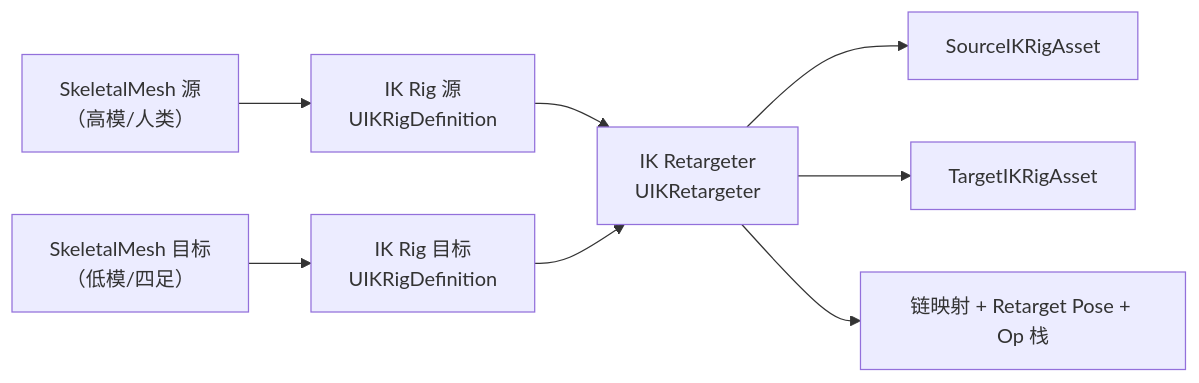
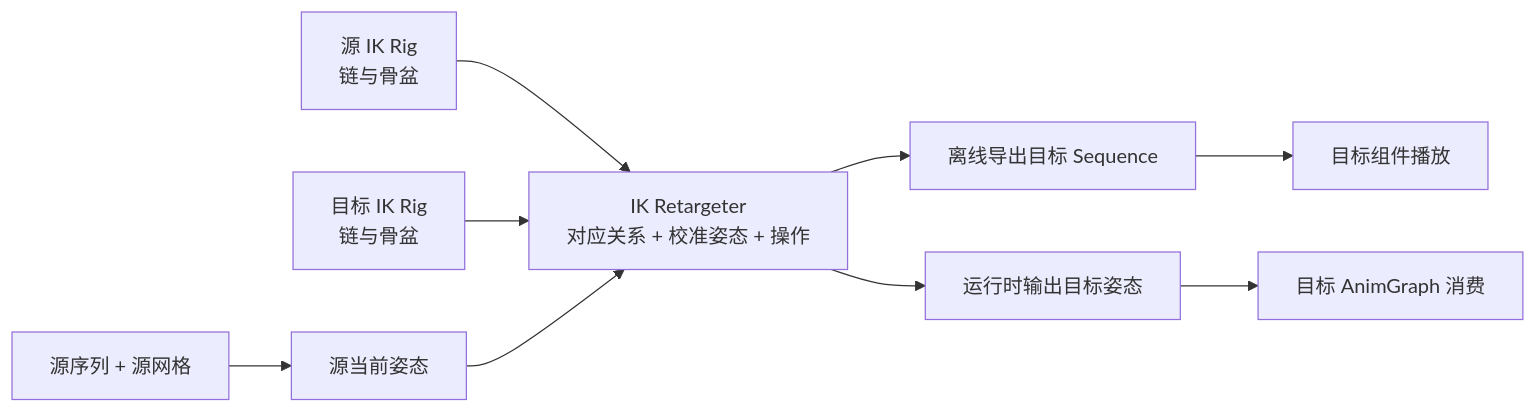
The first of 2 diagrams in 知识/04-图形动画与物理仿真/动画求值与角色表现/06-动画重定向与IKRetargeter.md (fantuan812/learning), drawn with Mermaid before and after one commit. The commit also changed other lines of this file and 2 other files, not shown here.

````diff
--- a/知识/04-图形动画与物理仿真/动画求值与角色表现/06-动画重定向与IKRetargeter.md
+++ b/知识/04-图形动画与物理仿真/动画求值与角色表现/06-动画重定向与IKRetargeter.md
@@ -58,10 +82,11 @@
 ```mermaid
 flowchart LR
-    SM1[SkeletalMesh 源<br/>（高模/人类）] --> R1["IK Rig 源<br/>UIKRigDefinition"]
-    SM2[SkeletalMesh 目标<br/>（低模/四足）] --> R2["IK Rig 目标<br/>UIKRigDefinition"]
-    R1 --> RT["IK Retargeter<br/>UIKRetargeter"]
-    R2 --> RT
-    RT --> O1["SourceIKRigAsset"]
-    RT --> O2["TargetIKRigAsset"]
-    RT --> O3["链映射 + Retarget Pose + Op 栈"]
+    A["源序列 + 源网格"] --> P["源当前姿态"]
+    R1["源 IK Rig<br/>链与骨盆"] --> T["IK Retargeter<br/>对应关系 + 校准姿态 + 操作"]
+    R2["目标 IK Rig<br/>链与骨盆"] --> T
+    P --> T
+    T --> B["离线导出目标 Sequence"]
+    T --> C["运行时输出目标姿态"]
+    B --> D["目标组件播放"]
+    C --> E["目标 AnimGraph 消费"]
 ```
````
